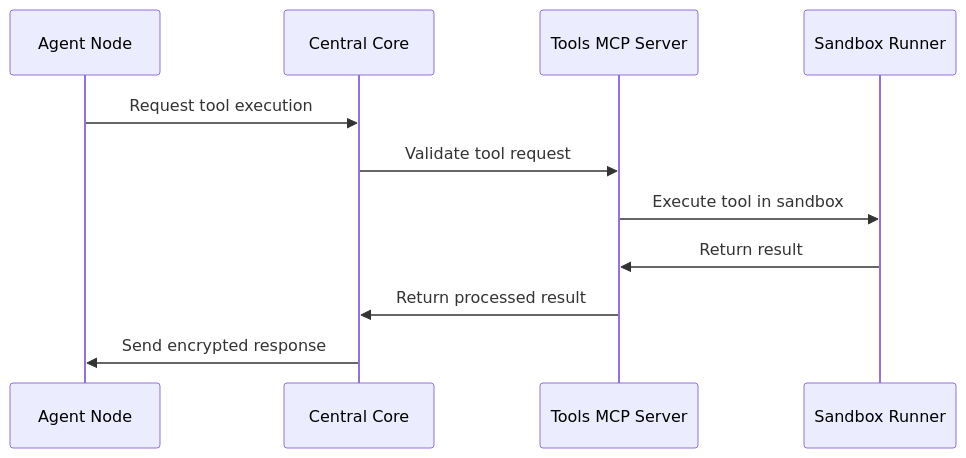
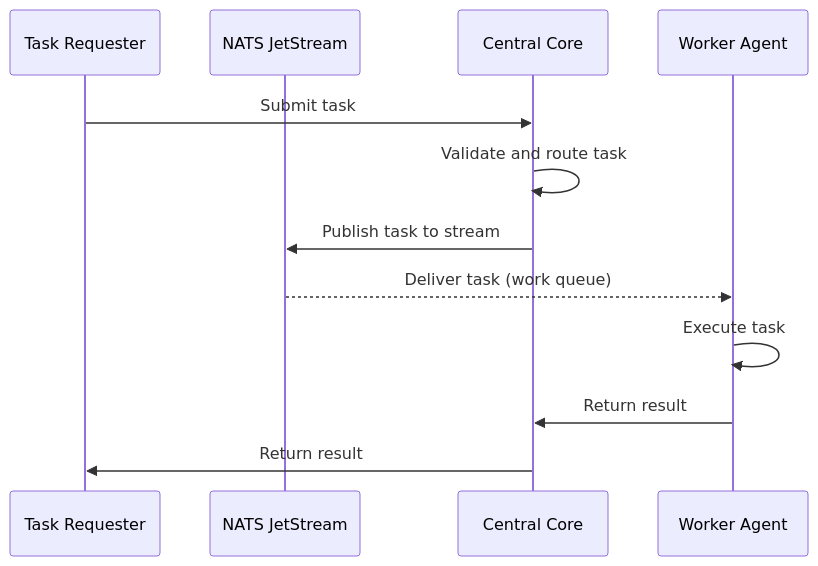
The third of 3 diagrams in ARCHITECTURE_OVERVIEW.md (kanishkkumarsingh2004/DAIE), drawn with Mermaid before and after one commit. The commit also changed other lines of this file and 23 other files, not shown here.

First line of the commit message:
feat: Add coordination layer with NATS JetStream support

````diff
--- a/ARCHITECTURE_OVERVIEW.md
+++ b/ARCHITECTURE_OVERVIEW.md
@@ -194,14 +154,15 @@
 ```mermaid
 sequenceDiagram
-    participant Agent as Agent Node
+    participant Requester as Task Requester
+    participant NATS as NATS JetStream
     participant Core as Central Core
-    participant MCP as Tools MCP Server
-    participant Sandbox as Sandbox Runner
+    participant Worker as Worker Agent
     
-    Agent->>Core: Request tool execution
-    Core->>MCP: Validate tool request
-    MCP->>Sandbox: Execute tool in sandbox
-    Sandbox->>MCP: Return result
-    MCP->>Core: Return processed result
-    Core->>Agent: Send encrypted response
+    Requester->>Core: Submit task
+    Core->>Core: Validate and route task
+    Core->>NATS: Publish task to stream
+    NATS-->>Worker: Deliver task (work queue)
+    Worker->>Worker: Execute task
+    Worker->>Core: Return result
+    Core->>Requester: Return result
 ```
````
